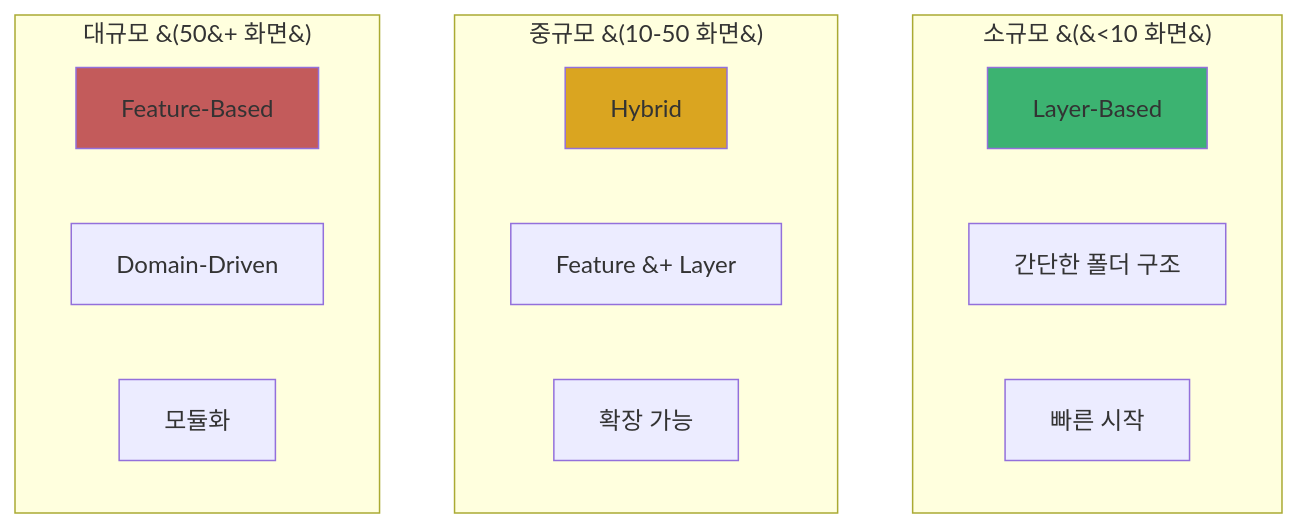
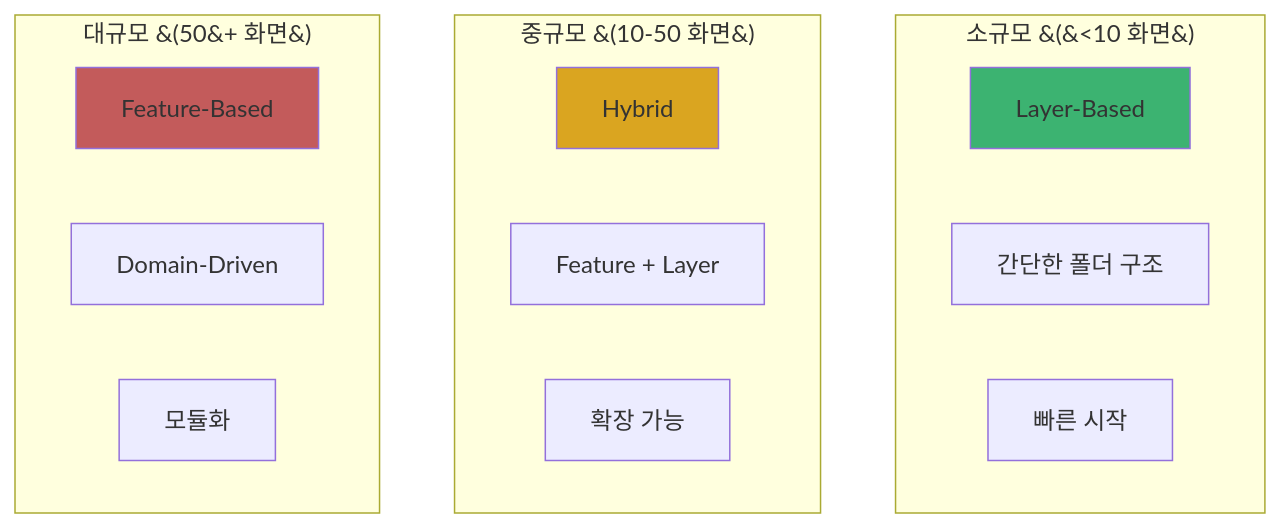
Before and after one commit to KalGookSoo/react-native-guide: the eighth of 8 diagrams in chapters/02-2_folder_structure_strategy.md, drawn with Mermaid.

Commit message:
chore: 오탈자 수정

````diff
--- a/chapters/02-2_folder_structure_strategy.md
+++ b/chapters/02-2_folder_structure_strategy.md
@@ -958,24 +958,24 @@
 ```mermaid
 graph TB
     subgraph "소규모 &#40;&#60;10 화면&#41;"
         S1[Layer-Based]
         S2[간단한 폴더 구조]
         S3[빠른 시작]
     end
 
     subgraph "중규모 &#40;10-50 화면&#41;"
         M1[Hybrid]
-        M2[Feature &#43; Layer]
+        M2[Feature #43; Layer]
         M3[확장 가능]
     end
 
     subgraph "대규모 &#40;50&#43; 화면&#41;"
         L1[Feature-Based]
         L2[Domain-Driven]
         L3[모듈화]
     end
 
     style S1 fill:#3cb371
     style M1 fill:#daa520
     style L1 fill:#c35b5b
 ```
````
